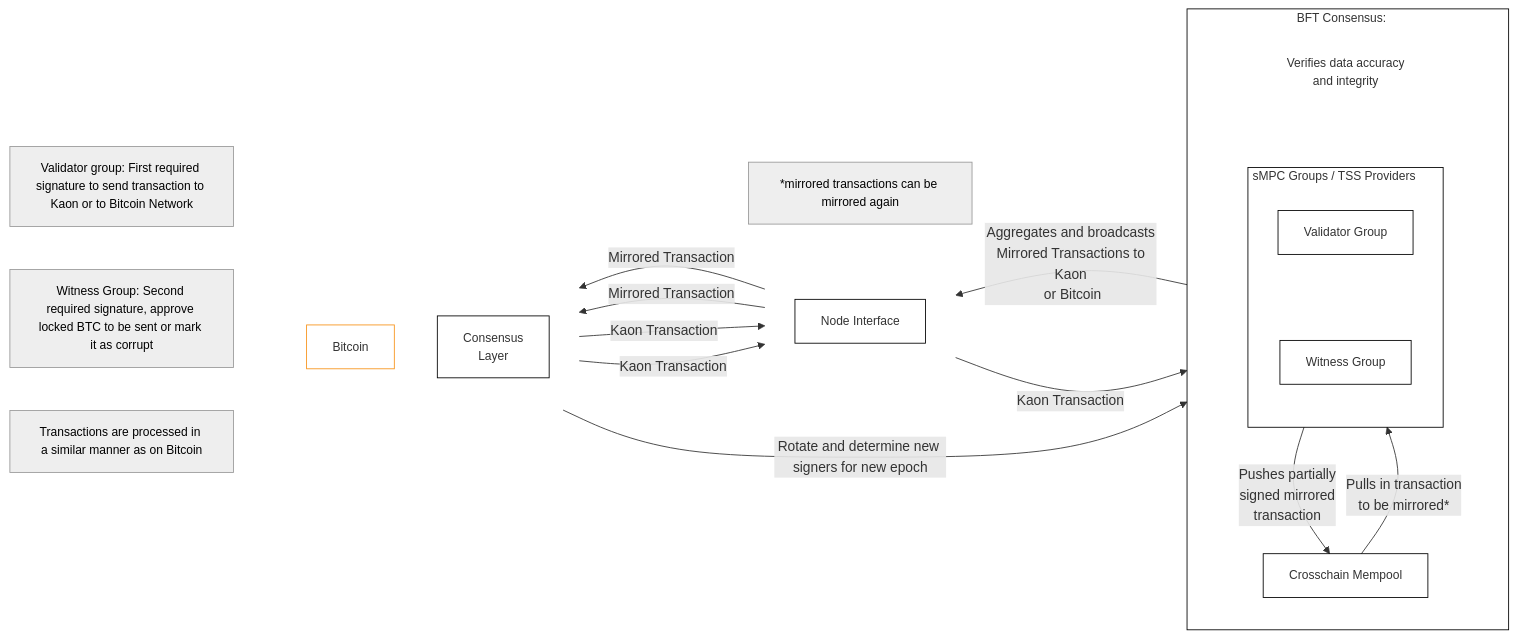
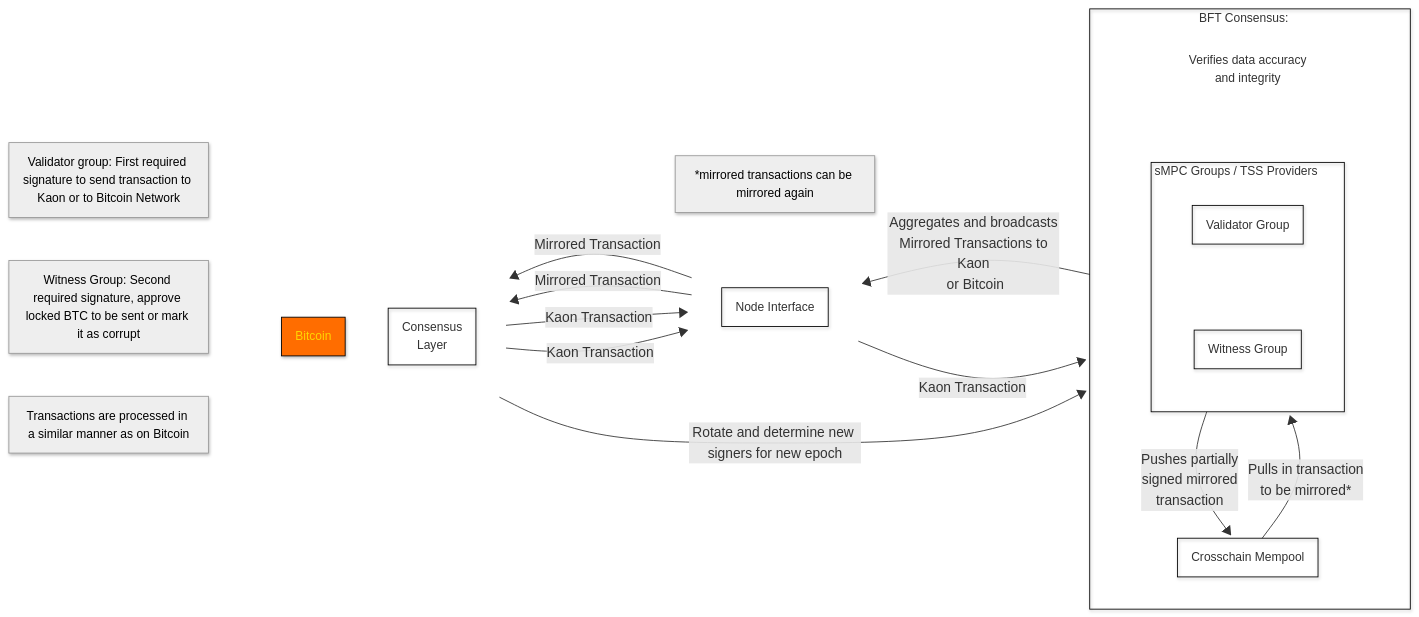
Before and after one commit to fotescodev/kaon: the diagram in core-concepts/fundamentals-overview/architecture-breakdown.md, drawn with Mermaid.

Commit message:
mermaid attempted fix

````diff
--- a/core-concepts/fundamentals-overview/architecture-breakdown.md
+++ b/core-concepts/fundamentals-overview/architecture-breakdown.md
@@ -3,72 +3,62 @@
 ```mermaid
-%% Set default font style to Arial for compatibility
-%% Use font-size and color to ensure text displays correctly in PowerPoint
-
+---
+config:
+  theme: mc
+  layout: fixed
+  look: neo
+---
 flowchart RL
  subgraph s3[" "]
     direction TB
         BTC["Bitcoin"]
-        CL["Consensus<br /> Layer"]
- end
- style BTC fill:transparent,stroke:#F7931A,font-family:Arial,font-size:14px
- style CL fill:transparent,stroke:#000000,font-family:Arial,font-size:14px
- style s3 fill:transparent,stroke-width:0px,font-family:Arial
-
+        CL["Consensus<br> Layer"]
+  end
  subgraph s4[" "]
     direction TB
-         NI["Node Interface"]
- end
- style NI fill:none,stroke:#000000,font-family:Arial,font-size:14px
- style s4 fill:none,stroke-width:0px,font-family:Arial
-
+        NI["Node Interface"]
+  end
  subgraph s1["BFT Consensus:"]
     direction TB
         n4["Crosschain Mempool"]
-        s2
+        s2["s2"]
         n1["Verifies data accuracy<br> and integrity"]
   end
- style s1 fill:none,stroke:#000000,font-family:Arial,font-size:14px
- style n4 fill:none,stroke:#000000,font-family:Arial,font-size:14px
- style s2 fill:none,stroke:#000000,font-family:Arial,font-size:14px
- style n1 fill:none,stroke:#000000,font-family:Arial,font-size:14px
-
  subgraph s2["sMPC Groups / TSS Providers"]
     direction TB
         n3["Witness Group"]
         n2["Validator Group"]
- end
- style s2 fill:none,stroke:#000000,font-family:Arial,font-size:14px
- style n3 fill:none,stroke:#000000,font-family:Arial,font-size:14px
- style n2 fill:none,stroke:#000000,font-family:Arial,font-size:14px
-
-    t1["*mirrored transactions can be mirrored again"]
-    t2["Validator group: First required signature to send transaction to Kaon or to Bitcoin Network"]
-    t3["Witness Group: Second required signature, approve locked BTC to be sent or mark it as corrupt"]
-    t4["Transactions are processed in a similar manner as on Bitcoin"]
-    
-    s3 ~~~ s4 ~~~ s1
+  end
+    s3 ~~~ s4
+    s4 ~~~ s1
     n2 ~~~ n3
     n1 ~~~ s2
     CL -- Kaon Transaction --> NI
     BTC -- Kaon Transaction --> NI
-    NI -- Mirrored Transaction --> CL
-    NI -- Mirrored Transaction --> BTC
+    NI -- Mirrored Transaction --> CL & BTC
     CL -- Rotate and determine new signers for new epoch --> s1
     NI -- Kaon Transaction --> s1
-    s1 -- Aggregates and broadcasts<br /> Mirrored Transactions to Kaon<br /> or Bitcoin --> NI
-    n4 -- Pulls in transaction<br /> to be mirrored* --> s2
-    s2 -- Pushes partially<br /> signed mirrored<br /> transaction --> n4
-    s1 ~~~ t1
-    CL ~~~ t2
-    CL ~~~ t3
-    CL ~~~ t4
-
-    style n1 stroke-width:0px,fill:transparent,font-family:Arial
-    style s3 stroke-width:0px,fill:transparent,font-family:Arial
-
-    t1:::Ash
-    t2:::Ash
-    t3:::Ash
-    t4:::Ash
+    s1 -- Aggregates and broadcasts<br> Mirrored Transactions to Kaon<br> or Bitcoin --> NI
+    n4 -- Pulls in transaction<br> to be mirrored* --> s2
+    s2 -- Pushes partially<br> signed mirrored<br> transaction --> n4
+    s1 ~~~ t1["*mirrored transactions can be mirrored again"]
+    CL ~~~ t2["Validator group: First required signature to send transaction to Kaon or to Bitcoin Network"] & t3["Witness Group: Second required signature, approve locked BTC to be sent or mark it as corrupt"] & t4["Transactions are processed in a similar manner as on Bitcoin"]
+     BTC:::Peach
+     t1:::Ash
+     t2:::Ash
+     t3:::Ash
+     t4:::Ash
     classDef Ash stroke-width:1px, stroke-dasharray:none, stroke:#999999, fill:#EEEEEE, color:#000000, font-family:Arial, font-size:14px
+    classDef Peach stroke-width:1px, stroke-dasharray:none, stroke:#FBB35A, fill:#FFEFDB, color:#8F632D
+    classDef Class_01 stroke-width:4px, stroke-dasharray: 0, stroke:#FF6D00, fill:#FF6D00
+    style BTC fill:#FF6D00,stroke:#000000,font-family:Arial,font-size:14px,color:#FFD600,stroke-width:1px,stroke-dasharray: 0
+    style CL fill:transparent,stroke:#000000,font-family:Arial,font-size:14px
+    style NI fill:none,stroke:#000000,font-family:Arial,font-size:14px
+    style n4 fill:none,stroke:#000000,font-family:Arial,font-size:14px
+    style s2 fill:none,stroke:#000000,font-family:Arial,font-size:14px
+    style n1 fill:transparent,stroke:#000000,font-family:Arial,font-size:14px,stroke-width:0px
+    style n3 fill:none,stroke:#000000,font-family:Arial,font-size:14px
+    style n2 fill:none,stroke:#000000,font-family:Arial,font-size:14px
+    style s3 fill:transparent,stroke-width:0px,font-family:Arial
+    style s4 fill:none,stroke-width:0px,font-family:Arial
+    style s1 fill:none,stroke:#000000,font-family:Arial,font-size:14px
 ```
````
